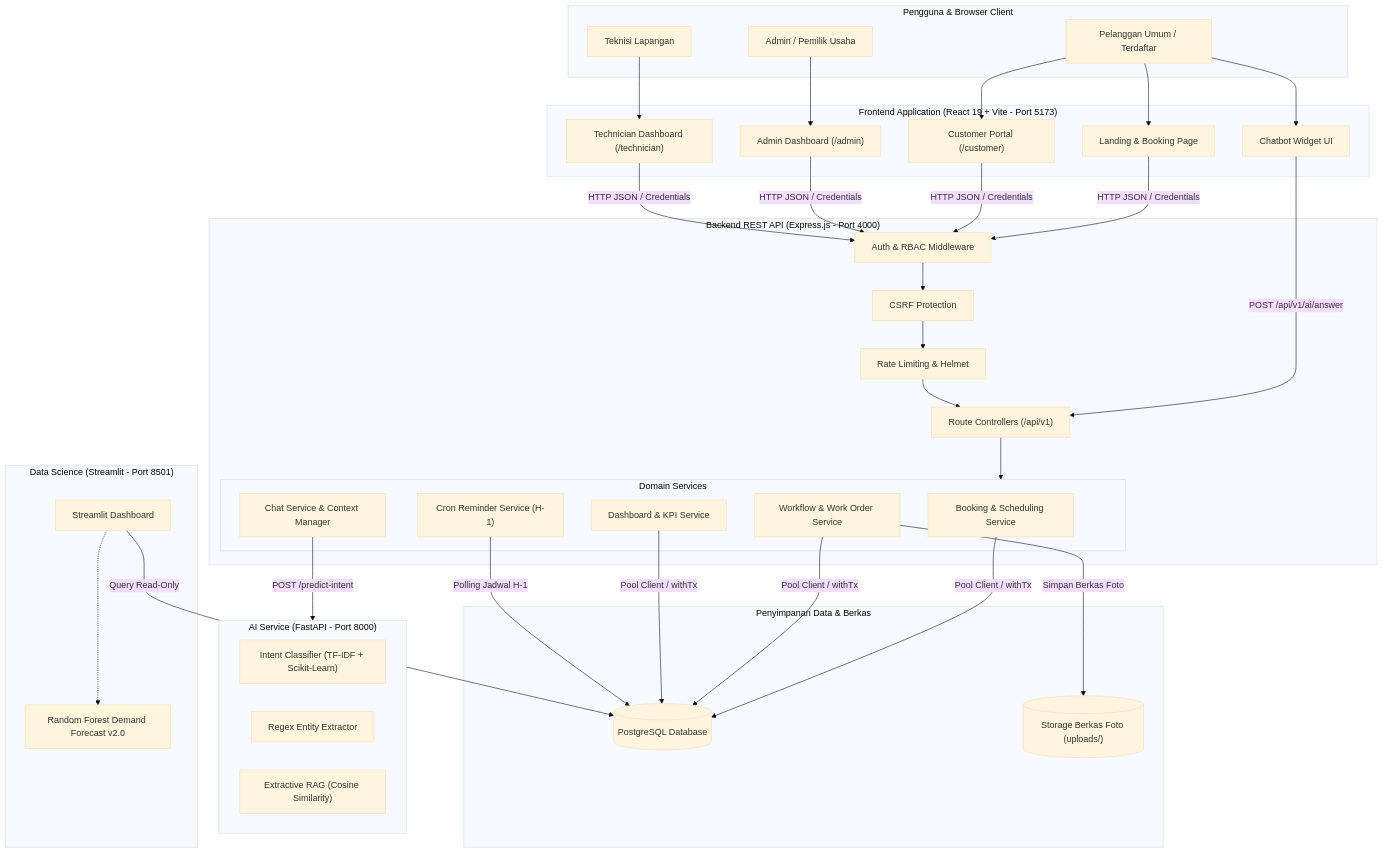
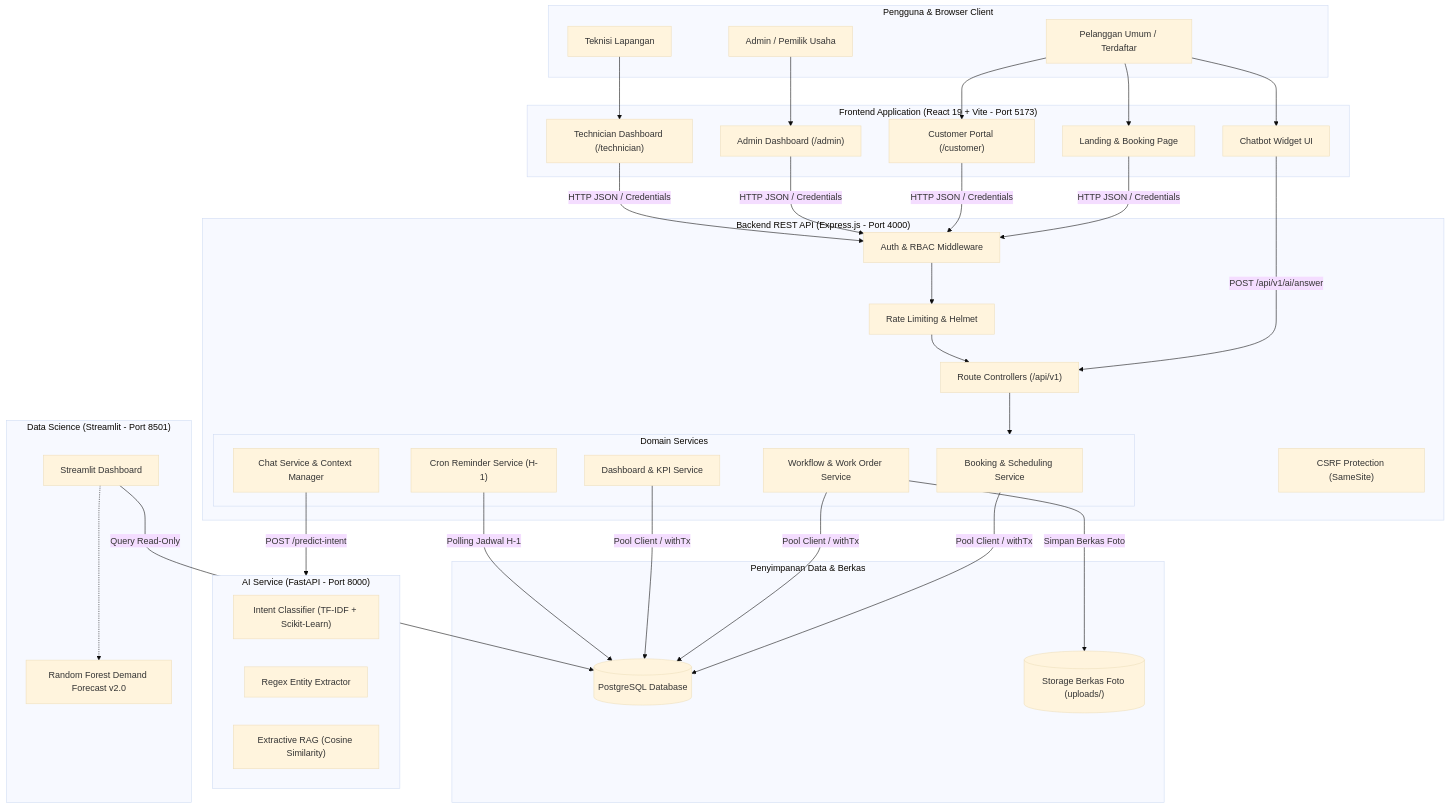
One commit to KuatRiawan/nara-ac changed the first of 4 diagrams in README.md. Above: the diagram before and after it, drawn with Mermaid (base theme). The commit also changed other lines of this file and 32 other files, not shown here.

````diff
--- a/README.md
+++ b/README.md
@@ -203,63 +203,63 @@
 ```mermaid
 flowchart TB
     subgraph Clients["Pengguna & Browser Client"]
         Customer["Pelanggan Umum / Terdaftar"]
         Admin["Admin / Pemilik Usaha"]
         Technician["Teknisi Lapangan"]
     end
 
     subgraph FrontendApp["Frontend Application (React 19 + Vite - Port 5173)"]
         Landing["Landing & Booking Page"]
         CustPortal["Customer Portal (/customer)"]
         AdminPortal["Admin Dashboard (/admin)"]
         TechPortal["Technician Dashboard (/technician)"]
         ChatWidget["Chatbot Widget UI"]
     end
 
     subgraph BackendApp["Backend REST API (Express.js - Port 4000)"]
         AuthMid["Auth & RBAC Middleware"]
-        CSRFMid["CSRF Protection"]
+        CSRFMid["CSRF Protection (SameSite)"]
         RateLimit["Rate Limiting & Helmet"]
         RouteHandlers["Route Controllers (/api/v1)"]
         subgraph Services["Domain Services"]
             BS["Booking & Scheduling Service"]
             WS["Workflow & Work Order Service"]
             CS["Chat Service & Context Manager"]
             DS["Dashboard & KPI Service"]
             RS["Cron Reminder Service (H-1)"]
         end
     end
 
     subgraph Storage["Penyimpanan Data & Berkas"]
         PG[(PostgreSQL Database)]
         Uploads[("Storage Berkas Foto (uploads/)")]
     end
 
     subgraph AIService["AI Service (FastAPI - Port 8000)"]
         IntentClassifier["Intent Classifier (TF-IDF + Scikit-Learn)"]
         EntityExtract["Regex Entity Extractor"]
         RAGEngine["Extractive RAG (Cosine Similarity)"]
     end
 
     subgraph DataScience["Data Science (Streamlit - Port 8501)"]
         DSDash["Streamlit Dashboard"]
         MLDemand["Random Forest Demand Forecast v2.0"]
     end
 
     Customer --> Landing & CustPortal & ChatWidget
     Admin --> AdminPortal
     Technician --> TechPortal
 
     Landing & CustPortal & AdminPortal & TechPortal -->|HTTP JSON / Credentials| AuthMid
     ChatWidget -->|POST /api/v1/ai/answer| RouteHandlers
 
-    AuthMid --> CSRFMid --> RateLimit --> RouteHandlers
+    AuthMid --> RateLimit --> RouteHandlers
     RouteHandlers --> Services
     BS & WS & DS -->|Pool Client / withTx| PG
     WS -->|Simpan Berkas Foto| Uploads
     CS -->|POST /predict-intent| AIService
     RS -->|Polling Jadwal H-1| PG
 
     DSDash -->|Query Read-Only| PG
     DSDash -.-> MLDemand
 ```
````
